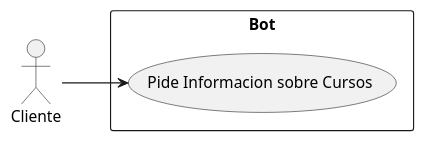
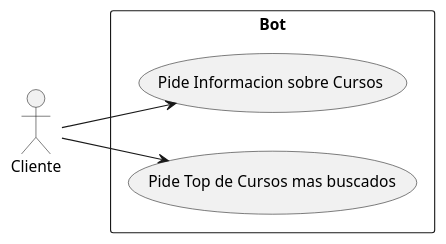
Before and after one commit to j0k3rD/Bot_Courses_UM: the diagram in docs/diagrama_de_casos_de_uso.puml, drawn with PlantUML. The commit also changed 7 other files, not shown here.

Commit message:
created sequence diagrams

```diff
--- a/docs/diagrama_de_casos_de_uso.puml
+++ b/docs/diagrama_de_casos_de_uso.puml
@@ -1,14 +1,16 @@
 @startuml Casos de Uso
 
 ' Cliente --> (Enviar peticiones al Bot)
 
 ' Bot --> (Envia respuesta al Cliente)
 
 left to right direction
 actor "Cliente" as c
 rectangle Bot {
   usecase "Pide Informacion sobre Cursos" as UC1
+  usecase "Pide Top de Cursos mas buscados" as UC2
 }
 c --> UC1
+c --> UC2
 
 @enduml
```
